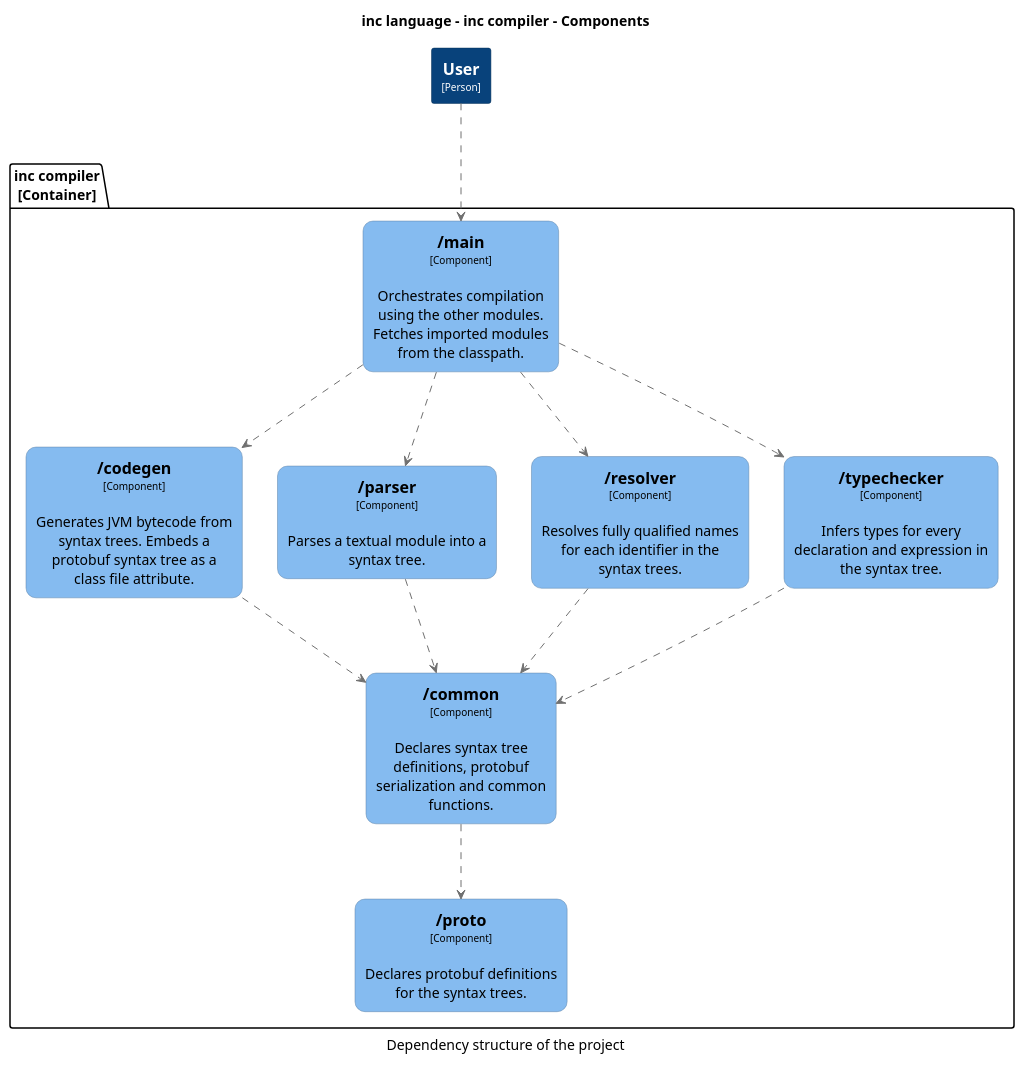
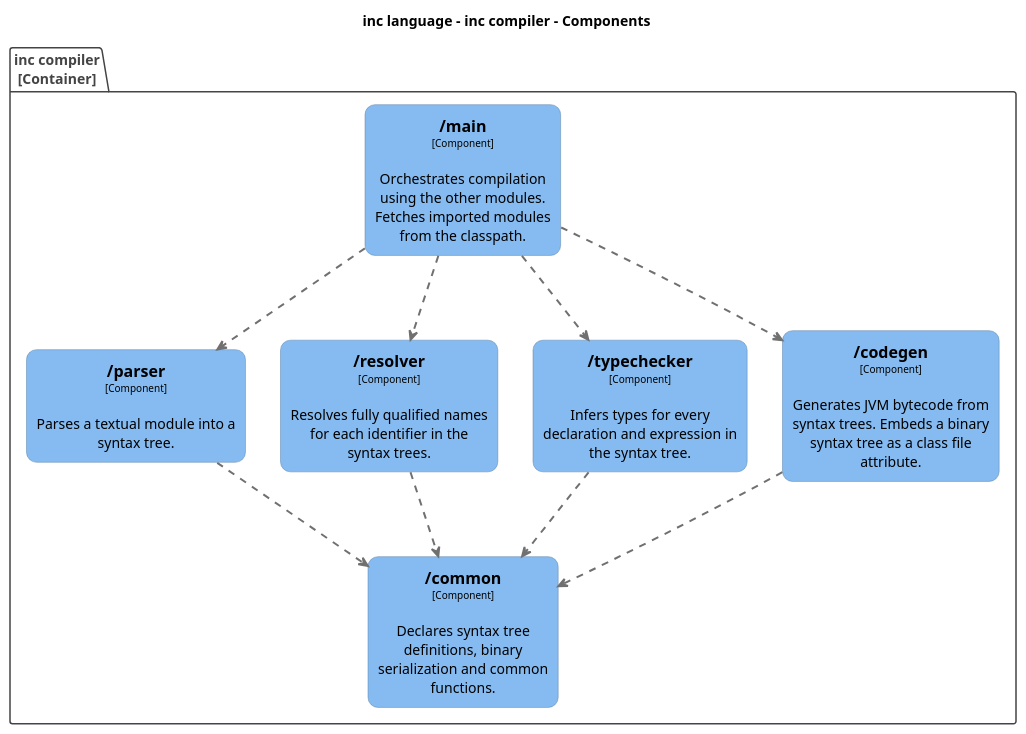
One commit to DavidGregory084/inc changed the diagram in architecture/structurizr-Structure.puml. Above: the diagram before and after it, drawn with PlantUML. The commit also changed 7 other files, not shown here.

Commit message:
Update diagrams and remove unused protobuf definitions

```diff
--- a/architecture/structurizr-Structure.puml
+++ b/architecture/structurizr-Structure.puml
@@ -1,81 +1,73 @@
-@startuml(id=Structure)
+@startuml
 title inc language - inc compiler - Components
-caption Dependency structure of the project
 
 skinparam {
   shadowing false
   arrowFontSize 10
   defaultTextAlignment center
   wrapWidth 200
   maxMessageSize 100
+  PackageBorderColor<<group>> #cccccc
+  PackageFontColor<<group>> #cccccc
 }
 hide stereotype
 top to bottom direction
-skinparam rectangle<<1>> {
-  BackgroundColor #08427b
-  FontColor #ffffff
-  BorderColor #052E56
+
+skinparam rectangle<<8>> {
+  BackgroundColor #85bbf0
+  FontColor #000000
+  BorderColor #5d82a8
+  roundCorner 20
 }
 skinparam rectangle<<4>> {
   BackgroundColor #85bbf0
   FontColor #000000
-  BorderColor #5D82A8
+  BorderColor #5d82a8
+  roundCorner 20
+}
+skinparam rectangle<<9>> {
+  BackgroundColor #85bbf0
+  FontColor #000000
+  BorderColor #5d82a8
   roundCorner 20
 }
 skinparam rectangle<<5>> {
   BackgroundColor #85bbf0
   FontColor #000000
-  BorderColor #5D82A8
+  BorderColor #5d82a8
   roundCorner 20
 }
 skinparam rectangle<<6>> {
   BackgroundColor #85bbf0
   FontColor #000000
-  BorderColor #5D82A8
+  BorderColor #5d82a8
   roundCorner 20
 }
 skinparam rectangle<<7>> {
   BackgroundColor #85bbf0
   FontColor #000000
-  BorderColor #5D82A8
+  BorderColor #5d82a8
   roundCorner 20
 }
-skinparam rectangle<<8>> {
-  BackgroundColor #85bbf0
-  FontColor #000000
-  BorderColor #5D82A8
-  roundCorner 20
+
+package "inc compiler\n[Container]" <<3>> {
+  skinparam PackageBorderColor<<3>> #444444
+  skinparam PackageFontColor<<3>> #444444
+
+  rectangle "==/common\n<size:10>[Component]</size>\n\nDeclares syntax tree definitions, binary serialization and common functions." <<4>> as 4
+  rectangle "==/parser\n<size:10>[Component]</size>\n\nParses a textual module into a syntax tree." <<5>> as 5
+  rectangle "==/resolver\n<size:10>[Component]</size>\n\nResolves fully qualified names for each identifier in the syntax trees." <<6>> as 6
+  rectangle "==/typechecker\n<size:10>[Component]</size>\n\nInfers types for every declaration and expression in the syntax tree." <<7>> as 7
+  rectangle "==/codegen\n<size:10>[Component]</size>\n\nGenerates JVM bytecode from syntax trees. Embeds a binary syntax tree as a class file attribute." <<8>> as 8
+  rectangle "==/main\n<size:10>[Component]</size>\n\nOrchestrates compilation using the other modules. Fetches imported modules from the classpath." <<9>> as 9
 }
-skinparam rectangle<<9>> {
-  BackgroundColor #85bbf0
-  FontColor #000000
-  BorderColor #5D82A8
-  roundCorner 20
-}
-skinparam rectangle<<10>> {
-  BackgroundColor #85bbf0
-  FontColor #000000
-  BorderColor #5D82A8
-  roundCorner 20
-}
-rectangle "==User\n<size:10>[Person]</size>" <<1>> as 1
-package "inc compiler\n[Container]" {
-  rectangle "==/codegen\n<size:10>[Component]</size>\n\nGenerates JVM bytecode from syntax trees. Embeds a protobuf syntax tree as a class file attribute." <<9>> as 9
-  rectangle "==/common\n<size:10>[Component]</size>\n\nDeclares syntax tree definitions, protobuf serialization and common functions." <<5>> as 5
-  rectangle "==/main\n<size:10>[Component]</size>\n\nOrchestrates compilation using the other modules. Fetches imported modules from the classpath." <<10>> as 10
-  rectangle "==/parser\n<size:10>[Component]</size>\n\nParses a textual module into a syntax tree." <<6>> as 6
-  rectangle "==/proto\n<size:10>[Component]</size>\n\nDeclares protobuf definitions for the syntax trees." <<4>> as 4
-  rectangle "==/resolver\n<size:10>[Component]</size>\n\nResolves fully qualified names for each identifier in the syntax trees." <<7>> as 7
-  rectangle "==/typechecker\n<size:10>[Component]</size>\n\nInfers types for every declaration and expression in the syntax tree." <<8>> as 8
-}
-9 .[#707070].> 5 : ""
-5 .[#707070].> 4 : ""
-10 .[#707070].> 9 : ""
-10 .[#707070].> 6 : ""
-10 .[#707070].> 7 : ""
-10 .[#707070].> 8 : ""
-6 .[#707070].> 5 : ""
-7 .[#707070].> 5 : ""
-8 .[#707070].> 5 : ""
-1 .[#707070].> 10 : ""
+
+9 .[#707070,thickness=2].> 5 : ""
+9 .[#707070,thickness=2].> 6 : ""
+9 .[#707070,thickness=2].> 7 : ""
+9 .[#707070,thickness=2].> 8 : ""
+5 .[#707070,thickness=2].> 4 : ""
+6 .[#707070,thickness=2].> 4 : ""
+7 .[#707070,thickness=2].> 4 : ""
+8 .[#707070,thickness=2].> 4 : ""
 @enduml
```
